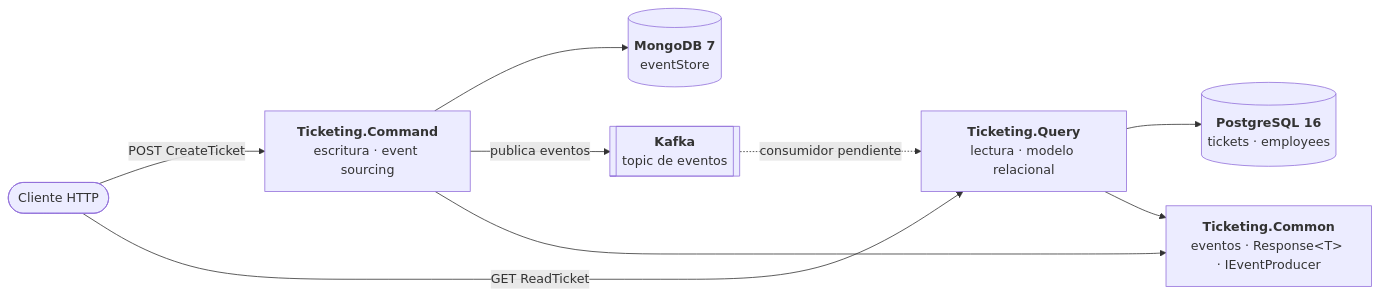
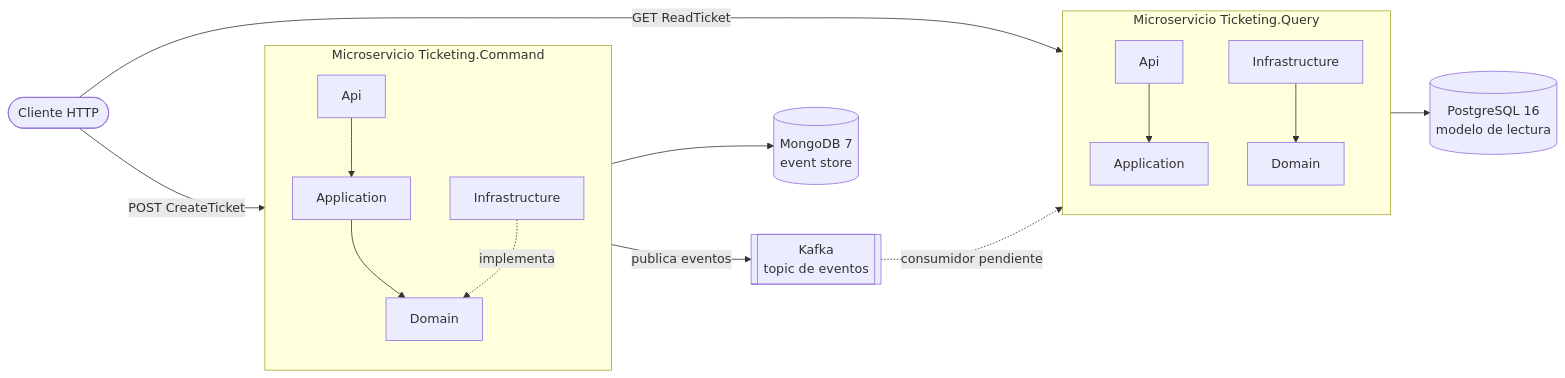
One commit to rubendevvalencia/BackendPortfolio changed the first of 3 diagrams in Microservices-Events/README.md. Above: the diagram before and after it, drawn with Mermaid. The commit also changed other lines of this file and 10 other files, not shown here.

````diff
--- a/Microservices-Events/README.md
+++ b/Microservices-Events/README.md
@@ -36,19 +45,35 @@
 ```mermaid
 flowchart LR
     Client([Cliente HTTP])
-    CMD["<b>Ticketing.Command</b><br/>escritura · event sourcing"]
-    QRY["<b>Ticketing.Query</b><br/>lectura · modelo relacional"]
-    COM["<b>Ticketing.Common</b><br/>eventos · Response&lt;T&gt; · IEventProducer"]
-    MONGO[("<b>MongoDB 7</b><br/>eventStore")]
-    KAFKA[["<b>Kafka</b><br/>topic de eventos"]]
-    PG[("<b>PostgreSQL 16</b><br/>tickets · employees")]
 
-    Client -->|POST CreateTicket| CMD
-    Client -->|GET ReadTicket| QRY
-    CMD --> MONGO
-    CMD -->|publica eventos| KAFKA
-    KAFKA -.->|consumidor pendiente| QRY
-    QRY --> PG
-    CMD --> COM
-    QRY --> COM
+    subgraph CMD["Microservicio Ticketing.Command"]
+        direction TB
+        CApi["Api"]
+        CApp["Application"]
+        CDom["Domain"]
+        CInf["Infrastructure"]
+        CApi --> CApp --> CDom
+        CInf -.->|implementa| CDom
+    end
+
+    subgraph QRY["Microservicio Ticketing.Query"]
+        direction TB
+        QApi["Api"]
+        QApp["Application"]
+        QDom["Domain"]
+        QInf["Infrastructure"]
+        QApi --> QApp
+        QInf --> QDom
+    end
+
+    MONGO[("MongoDB 7<br/>event store")]
+    KAFKA[["Kafka<br/>topic de eventos"]]
+    PG[("PostgreSQL 16<br/>modelo de lectura")]
+
+    Client -->|POST CreateTicket| CApi
+    Client -->|GET ReadTicket| QApi
+    CInf --> MONGO
+    CInf -->|publica eventos| KAFKA
+    KAFKA -.->|consumidor pendiente| QInf
+    QInf --> PG
 ```
````
